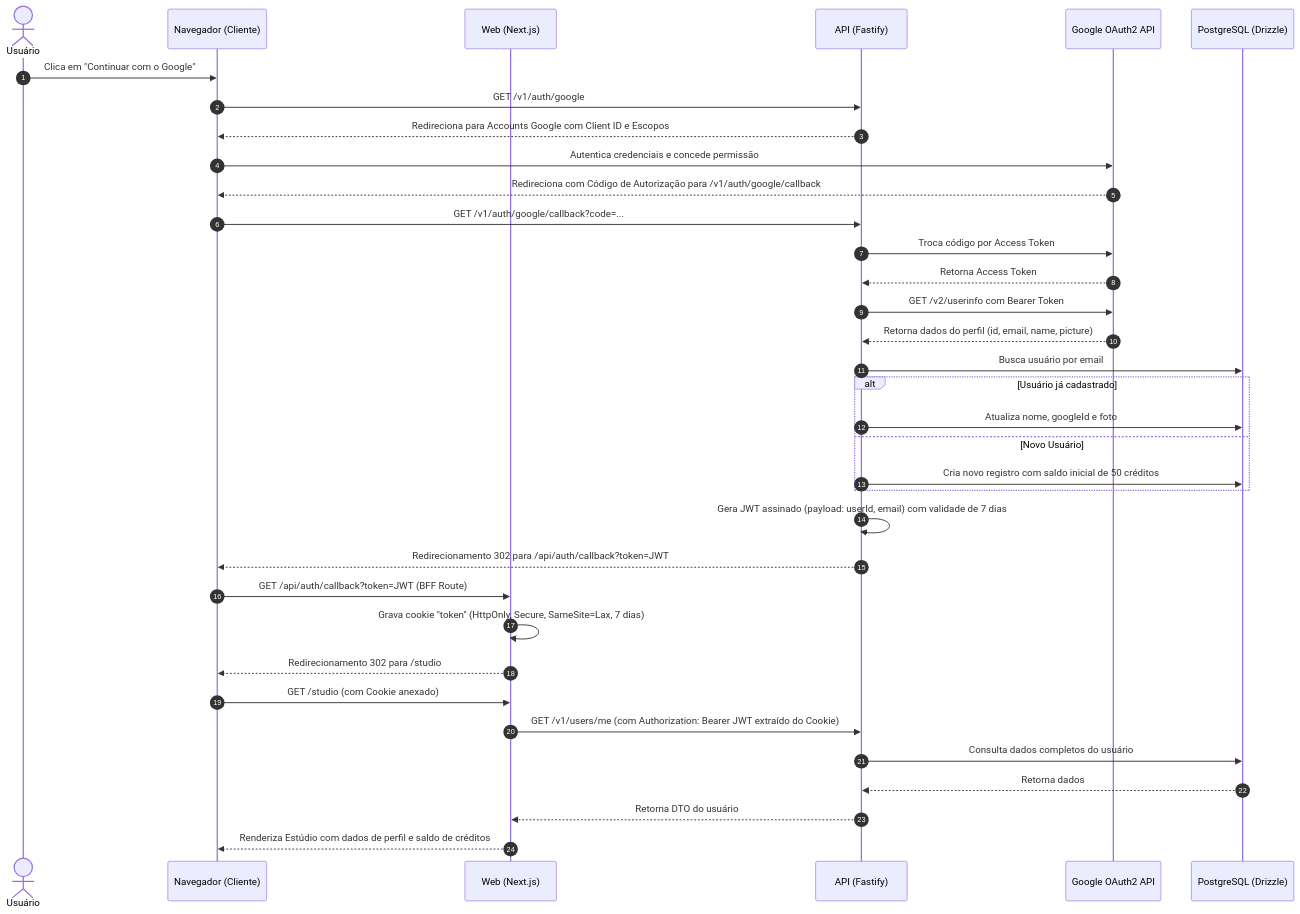
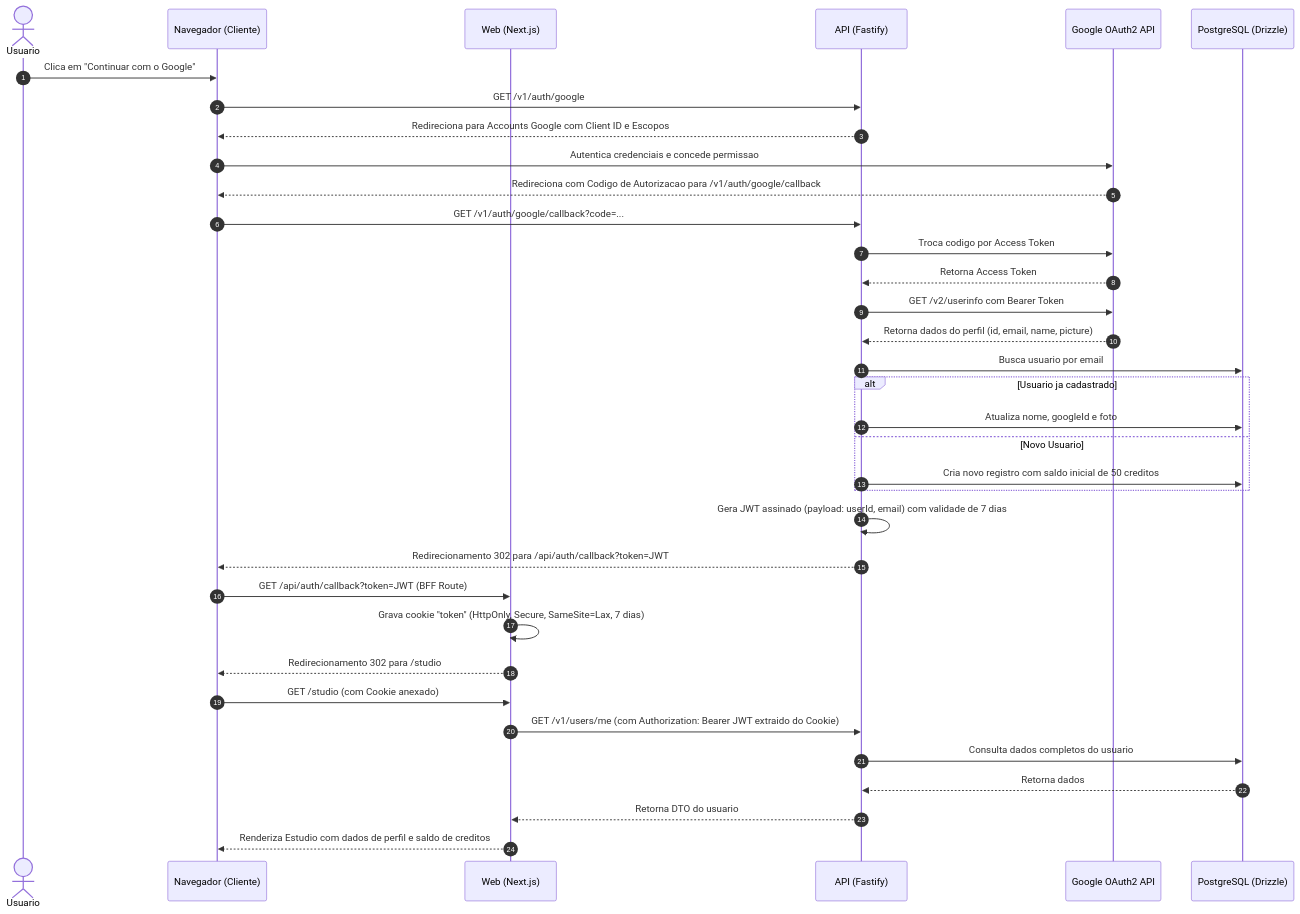
One commit to ilanzgx/usekroma changed the third of 6 diagrams in docs/architecture.md. Above: the diagram before and after it, drawn with Mermaid. The commit also changed other lines of this file, not shown here.

Commit message:
docs(architecture): document async queue pipeline and storage architecture

````diff
--- a/docs/architecture.md
+++ b/docs/architecture.md
@@ -192,38 +226,38 @@
 ```mermaid
 sequenceDiagram
     autonumber
-    actor User as Usuário
+    actor User as Usuario
     participant Browser as Navegador (Cliente)
     participant Web as Web (Next.js)
     participant API as API (Fastify)
     participant Google as Google OAuth2 API
     participant DB as PostgreSQL (Drizzle)
 
     User->>Browser: Clica em "Continuar com o Google"
     Browser->>API: GET /v1/auth/google
     API-->>Browser: Redireciona para Accounts Google com Client ID e Escopos
-    Browser->>Google: Autentica credenciais e concede permissão
-    Google-->>Browser: Redireciona com Código de Autorização para /v1/auth/google/callback
+    Browser->>Google: Autentica credenciais e concede permissao
+    Google-->>Browser: Redireciona com Codigo de Autorizacao para /v1/auth/google/callback
     Browser->>API: GET /v1/auth/google/callback?code=...
-    API->>Google: Troca código por Access Token
+    API->>Google: Troca codigo por Access Token
     Google-->>API: Retorna Access Token
     API->>Google: GET /v2/userinfo com Bearer Token
     Google-->>API: Retorna dados do perfil (id, email, name, picture)
-    API->>DB: Busca usuário por email
-    alt Usuário já cadastrado
+    API->>DB: Busca usuario por email
+    alt Usuario ja cadastrado
         API->>DB: Atualiza nome, googleId e foto
-    else Novo Usuário
-        API->>DB: Cria novo registro com saldo inicial de 50 créditos
+    else Novo Usuario
+        API->>DB: Cria novo registro com saldo inicial de 50 creditos
     end
     API->>API: Gera JWT assinado (payload: userId, email) com validade de 7 dias
     API-->>Browser: Redirecionamento 302 para /api/auth/callback?token=JWT
     Browser->>Web: GET /api/auth/callback?token=JWT (BFF Route)
     Web->>Web: Grava cookie "token" (HttpOnly, Secure, SameSite=Lax, 7 dias)
     Web-->>Browser: Redirecionamento 302 para /studio
     Browser->>Web: GET /studio (com Cookie anexado)
-    Web->>API: GET /v1/users/me (com Authorization: Bearer JWT extraído do Cookie)
-    API->>DB: Consulta dados completos do usuário
+    Web->>API: GET /v1/users/me (com Authorization: Bearer JWT extraido do Cookie)
+    API->>DB: Consulta dados completos do usuario
     DB-->>API: Retorna dados
-    API-->>Web: Retorna DTO do usuário
-    Web-->>Browser: Renderiza Estúdio com dados de perfil e saldo de créditos
+    API-->>Web: Retorna DTO do usuario
+    Web-->>Browser: Renderiza Estudio com dados de perfil e saldo de creditos
 ```
````
